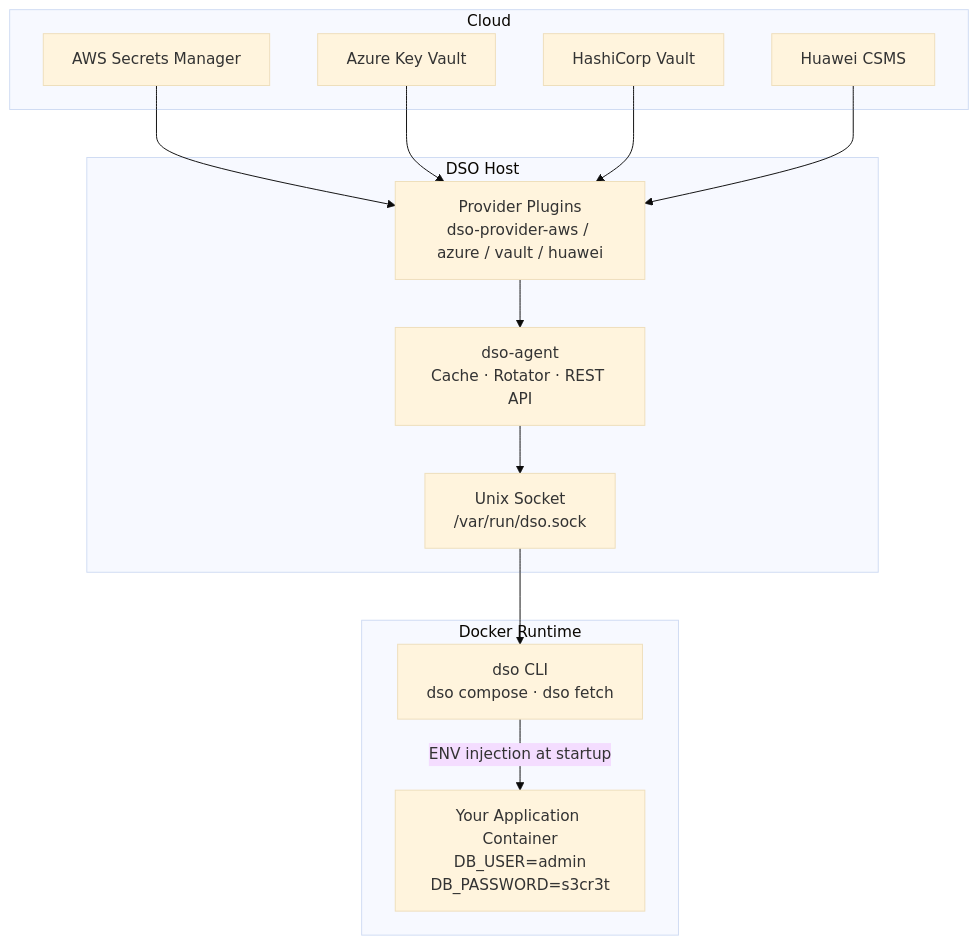
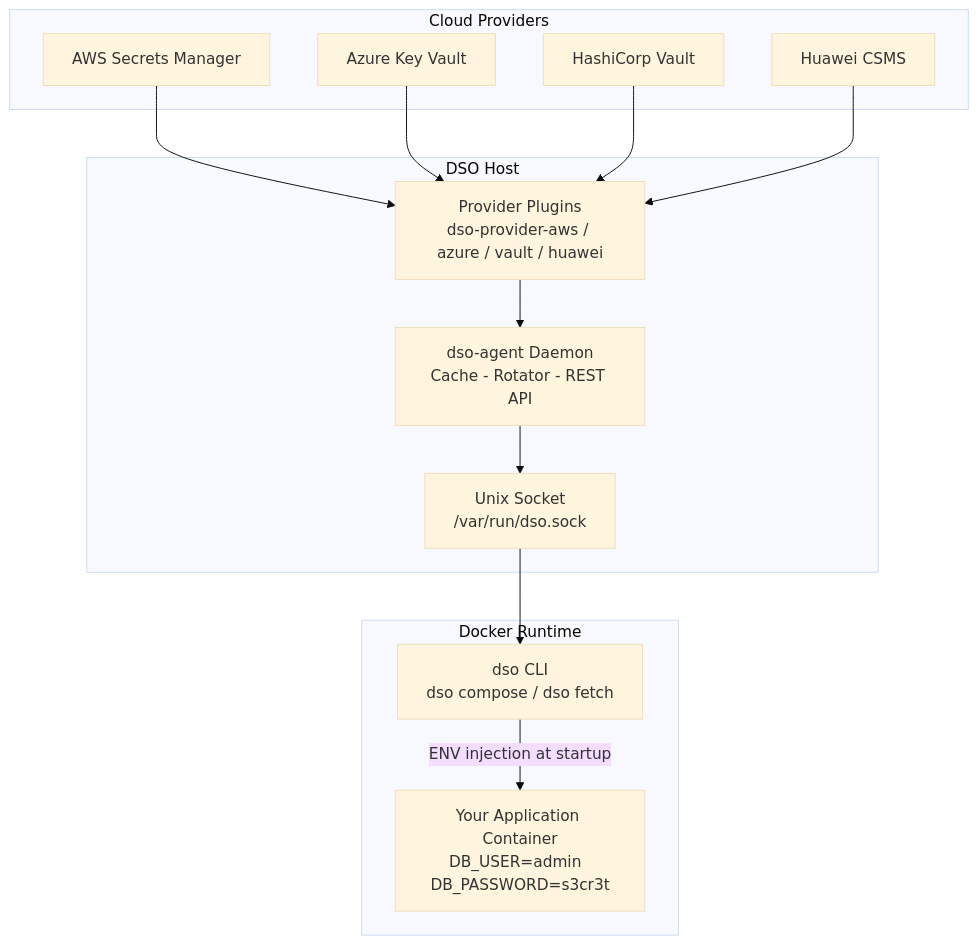
One commit to umairmd385/docker-secret-operator changed the diagram in README.md. Above: the diagram before and after it, drawn with Mermaid (base theme). The commit also changed 1 other file, not shown here.

Commit message:
fix: fix mermaid diagram syntax and add mermaid.js support for just-the-docs

````diff
--- a/README.md
+++ b/README.md
@@ -152,29 +152,29 @@
 ```mermaid
 graph TD
-    subgraph Cloud
-        AWS[AWS Secrets Manager]
-        Azure[Azure Key Vault]
-        Vault[HashiCorp Vault]
-        Huawei[Huawei CSMS]
+    subgraph Cloud Providers
+        AWS["AWS Secrets Manager"]
+        Azure["Azure Key Vault"]
+        Vault["HashiCorp Vault"]
+        Huawei["Huawei CSMS"]
     end
 
     subgraph DSO Host
-        Plugins[Provider Plugins\ndso-provider-aws / azure / vault / huawei]
-        Agent[dso-agent\nCache · Rotator · REST API]
-        Socket[Unix Socket\n/var/run/dso.sock]
+        Plugins["Provider Plugins<br/>dso-provider-aws / azure / vault / huawei"]
+        Agent["dso-agent Daemon<br/>Cache - Rotator - REST API"]
+        Socket["Unix Socket<br/>/var/run/dso.sock"]
     end
 
     subgraph Docker Runtime
-        CLI[dso CLI\ndso compose · dso fetch]
-        Container[Your Application Container\nDB_USER=admin\nDB_PASSWORD=s3cr3t]
+        CLI["dso CLI<br/>dso compose / dso fetch"]
+        Container["Your Application Container<br/>DB_USER=admin  DB_PASSWORD=s3cr3t"]
     end
 
     AWS --> Plugins
     Azure --> Plugins
     Vault --> Plugins
     Huawei --> Plugins
     Plugins --> Agent
     Agent --> Socket
     Socket --> CLI
-    CLI -->|ENV injection at startup| Container
+    CLI -->|"ENV injection at startup"| Container
 ```
````
